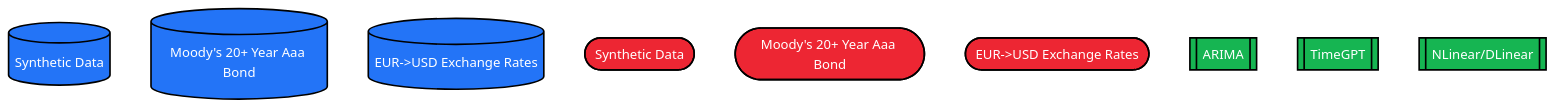
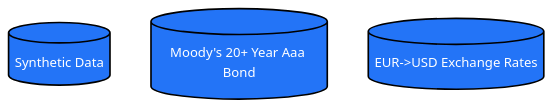
One commit to acatlin/mermaid changed the first of 3 diagrams in labels.md. Above: the diagram before and after it, drawn with Mermaid. The commit also changed other lines of this file, not shown here.

Commit message:
Update labels.md
v3

````diff
--- a/labels.md
+++ b/labels.md
@@ -1,24 +1,16 @@
 ```mermaid
 
 graph TD
 
   %% Colors %%
   classDef blue fill:#2374f7,stroke:#000,stroke-width:2px,color:#fff
   classDef orange fill:#fc822b,stroke:#000,stroke-width:2px,color:#fff
   classDef green fill:#16b552,stroke:#000,stroke-width:2px,color:#fff
   classDef red fill:#ed2633,stroke:#000,stroke-width:2px,color:#fff
   classDef magenta fill:magenta,stroke:#000,stroke-width:2px,color:#fff
 
   A1[(Synthetic Data)]:::blue
   B1[(Moody's 20+ Year Aaa Bond)]:::blue
   C1[(EUR->USD Exchange Rates)]:::blue
 
-  A2([Synthetic Data]):::red
-  B2([Moody's 20+ Year Aaa Bond]):::red
-  C2([EUR->USD Exchange Rates]):::red
-
-  A3[[ARIMA]]:::green
-  B3[[TimeGPT]]:::green
-  C3[[NLinear/DLinear]]:::green
-
 ```
````
